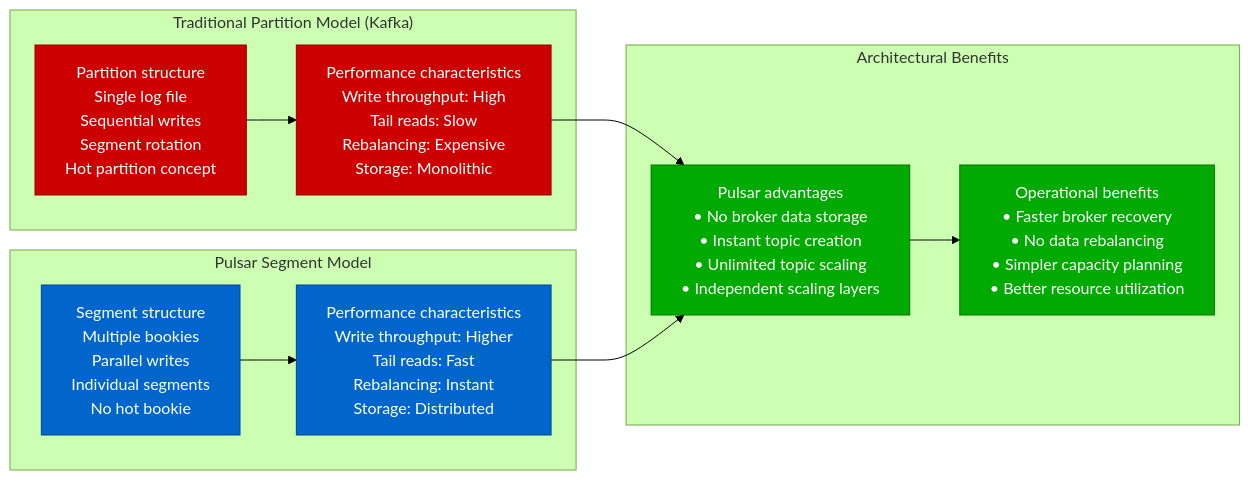
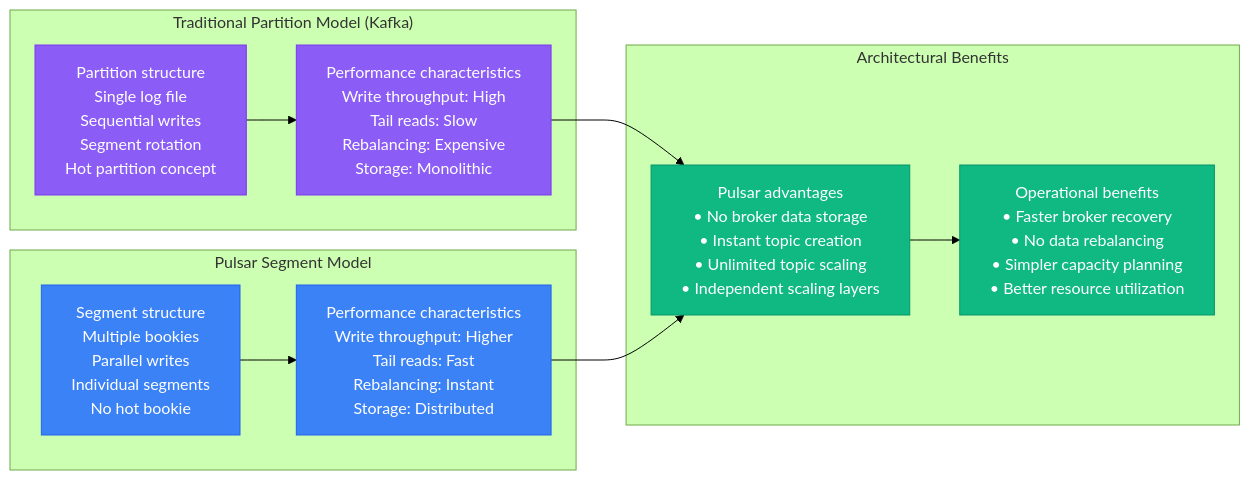
One commit to deepaucksharma/DS changed the seventh of 11 diagrams in site/docs/performance/pulsar-performance-profile.md. Above: the diagram before and after it, drawn with Mermaid (forest theme). The commit also changed other lines of this file and 303 other files, not shown here.

````diff
--- a/site/docs/performance/pulsar-performance-profile.md
+++ b/site/docs/performance/pulsar-performance-profile.md
@@ -264,36 +264,36 @@
 ```mermaid
 graph LR
     subgraph "Traditional Partition Model (Kafka)"
         KAFKA1[Partition structure<br/>Single log file<br/>Sequential writes<br/>Segment rotation<br/>Hot partition concept]
 
         KAFKA2[Performance characteristics<br/>Write throughput: High<br/>Tail reads: Slow<br/>Rebalancing: Expensive<br/>Storage: Monolithic]
 
         KAFKA1 --> KAFKA2
     end
 
     subgraph "Pulsar Segment Model"
         PULSAR1[Segment structure<br/>Multiple bookies<br/>Parallel writes<br/>Individual segments<br/>No hot bookie]
 
         PULSAR2[Performance characteristics<br/>Write throughput: Higher<br/>Tail reads: Fast<br/>Rebalancing: Instant<br/>Storage: Distributed]
 
         PULSAR1 --> PULSAR2
     end
 
     subgraph "Architectural Benefits"
         BENEFITS1[Pulsar advantages<br/>• No broker data storage<br/>• Instant topic creation<br/>• Unlimited topic scaling<br/>• Independent scaling layers]
 
         BENEFITS2[Operational benefits<br/>• Faster broker recovery<br/>• No data rebalancing<br/>• Simpler capacity planning<br/>• Better resource utilization]
 
         KAFKA2 --> BENEFITS1
         PULSAR2 --> BENEFITS1
         BENEFITS1 --> BENEFITS2
     end
 
-    classDef kafkaStyle fill:#CC0000,stroke:#990000,color:#fff
-    classDef pulsarStyle fill:#0066CC,stroke:#004499,color:#fff
-    classDef benefitStyle fill:#00AA00,stroke:#007700,color:#fff
+    classDef kafkaStyle fill:#8B5CF6,stroke:#7C3AED,color:#fff
+    classDef pulsarStyle fill:#3B82F6,stroke:#2563EB,color:#fff
+    classDef benefitStyle fill:#10B981,stroke:#059669,color:#fff
 
     class KAFKA1,KAFKA2 kafkaStyle
     class PULSAR1,PULSAR2 pulsarStyle
     class BENEFITS1,BENEFITS2 benefitStyle
 ```
````
